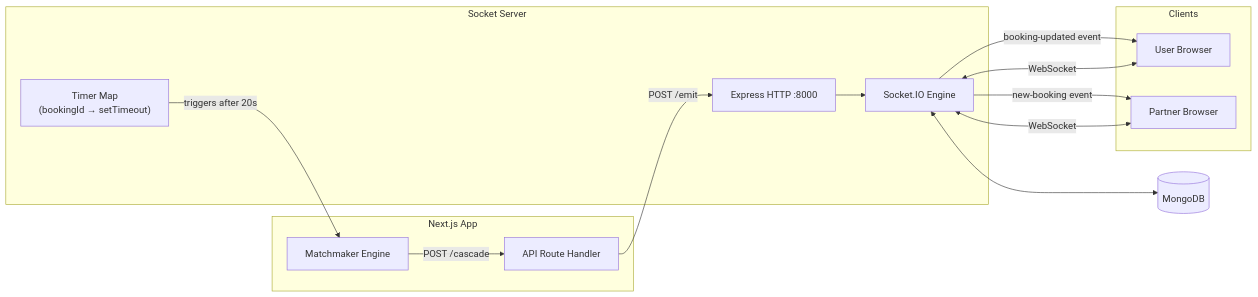
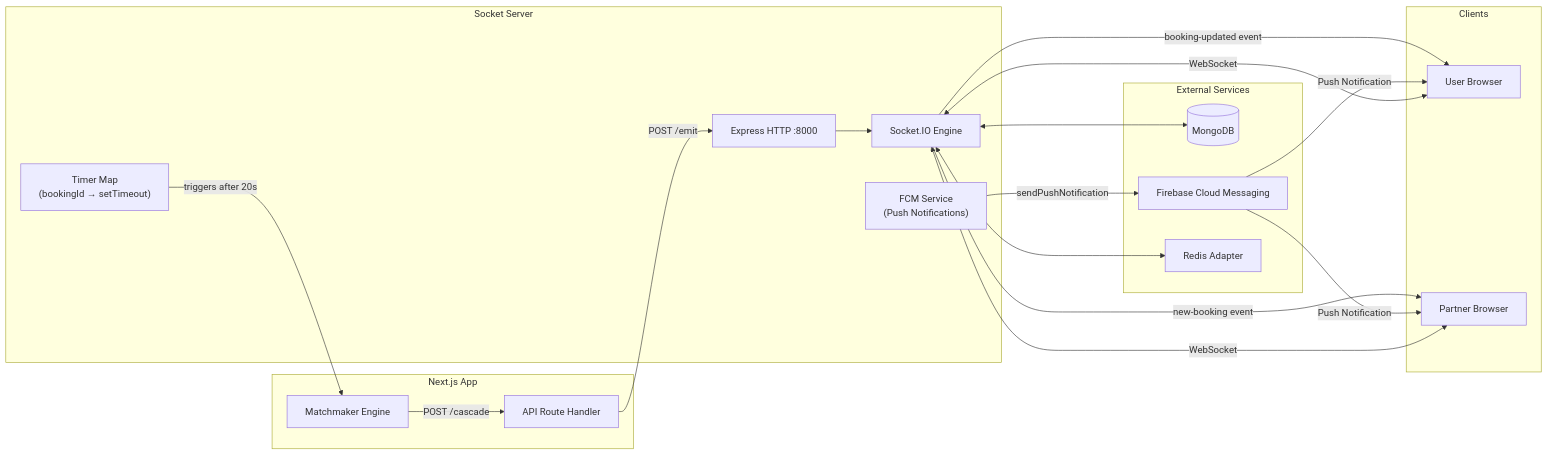
The first of 2 diagrams in socketServer/README.md (Zuhaib-dev/rydex), drawn with Mermaid before and after one commit. The commit also changed other lines of this file and 2 other files, not shown here.

````diff
--- a/socketServer/README.md
+++ b/socketServer/README.md
@@ -31,30 +35,39 @@
 ```mermaid
 graph LR
     subgraph "Next.js App"
         API["API Route Handler"]
         MM["Matchmaker Engine"]
     end
 
     subgraph "Socket Server"
         EX["Express HTTP :8000"]
         IO["Socket.IO Engine"]
         TM["Timer Map\n(bookingId → setTimeout)"]
+        FCM["FCM Service\n(Push Notifications)"]
     end
 
     subgraph "Clients"
         U["User Browser"]
         P["Partner Browser"]
     end
 
-    DB[("MongoDB")]
+    subgraph "External Services"
+        DB[("MongoDB")]
+        FIREBASE["Firebase Cloud Messaging"]
+        REDIS["Redis Adapter"]
+    end
 
     API -->|POST /emit| EX
     EX --> IO
     IO -->|new-booking event| P
     IO -->|booking-updated event| U
     P <-->|WebSocket| IO
     U <-->|WebSocket| IO
     IO <--> DB
+    IO <--> REDIS
     MM -->|POST /cascade| API
     TM -->|triggers after 20s| MM
+    FCM -->|sendPushNotification| FIREBASE
+    FIREBASE -->|Push Notification| U
+    FIREBASE -->|Push Notification| P
 ```
````
